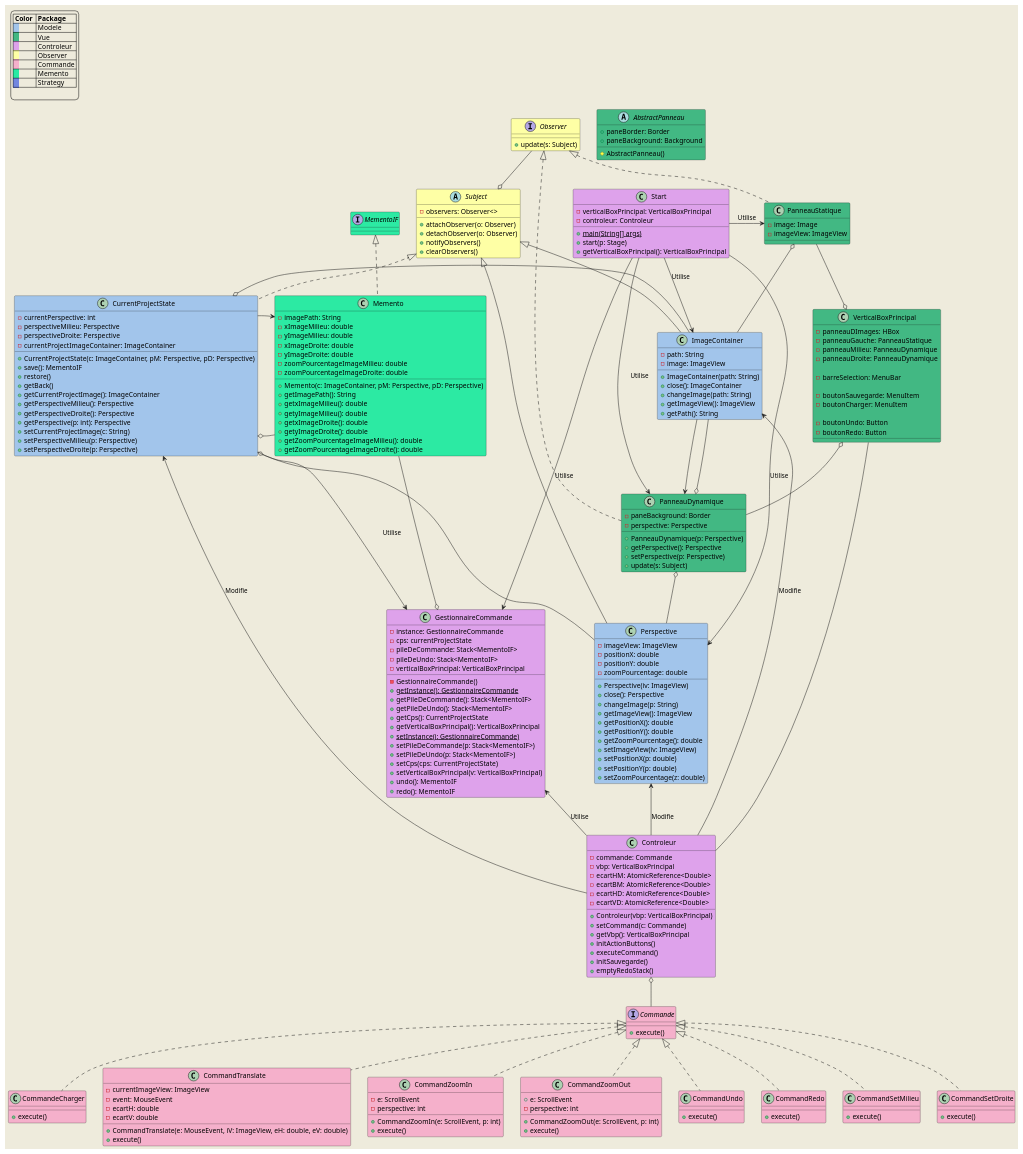
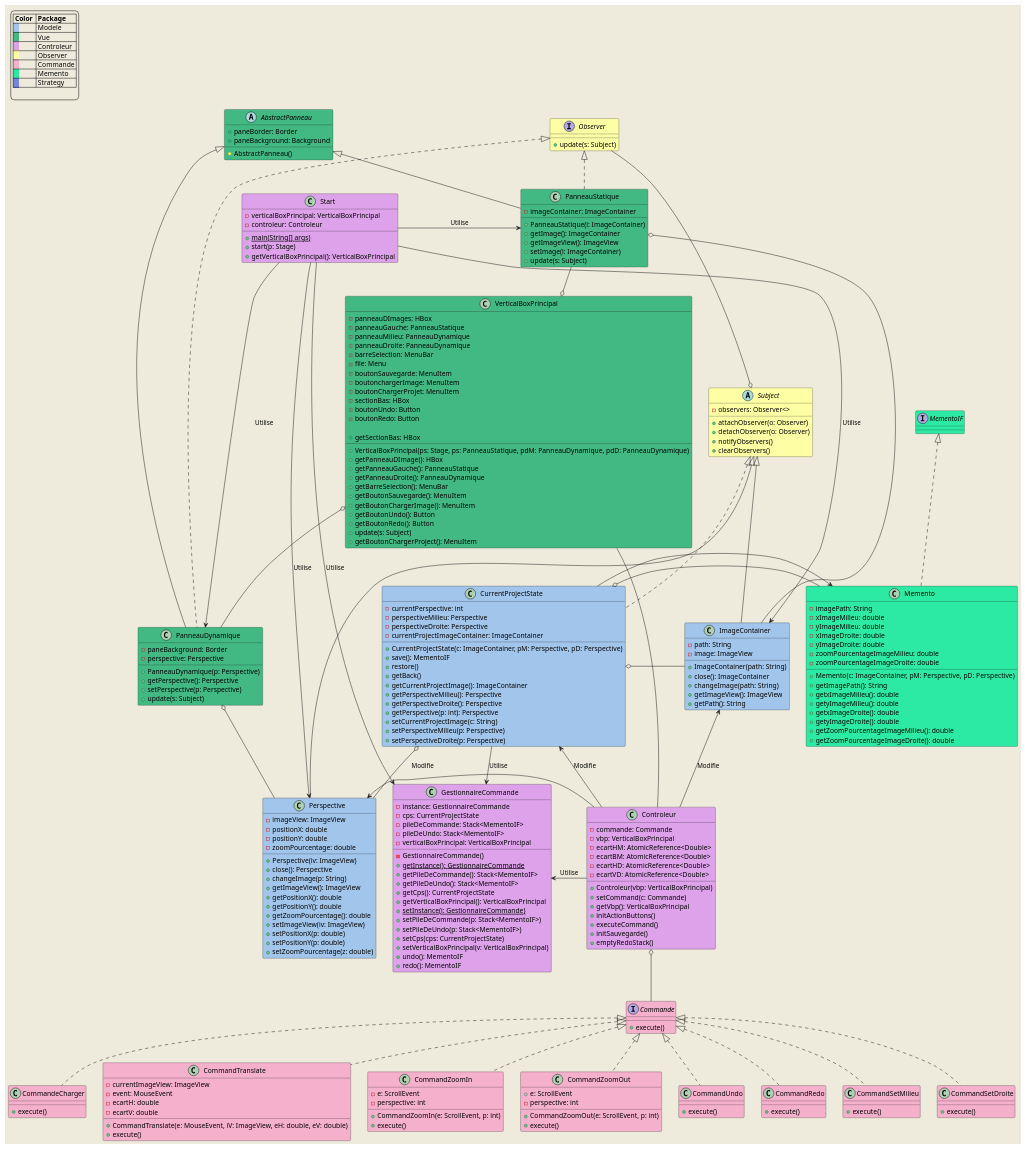
Before and after one commit to VelaSam/PerspectivePro: the diagram in src/diagrammes/diagramme_de_classe_global.puml, drawn with PlantUML. The commit also changed 3 other files, not shown here.

Commit message:
Diagramme de classes updated part III

```diff
--- a/src/diagrammes/diagramme_de_classe_global.puml
+++ b/src/diagrammes/diagramme_de_classe_global.puml
@@ -91,7 +91,7 @@
     '-----------SINGLETON--------------'
     class GestionnaireCommande #dea2eb{
         -instance: GestionnaireCommande
-        -cps: currentProjectState
+        -cps: CurrentProjectState
         -pileDeCommande: Stack<MementoIF>
         -pileDeUndo: Stack<MementoIF>
         -verticalBoxPrincipal: VerticalBoxPrincipal
@@ -229,29 +229,44 @@
     }
 
     class VerticalBoxPrincipal #42b883 {
-
         -panneauDImages: HBox
         -panneauGauche: PanneauStatique
         -panneauMilieu: PanneauDynamique
         -panneauDroite: PanneauDynamique
-
         -barreSelection: MenuBar
-
+        -file: Menu
         -boutonSauvegarde: MenuItem
-        -boutonCharger: MenuItem
-
+        -boutonchargerImage: MenuItem
+        -boutonChargerProjet: MenuItem
+        -sectionBas: HBox
         -boutonUndo: Button
         -boutonRedo: Button
 
+        +VerticalBoxPrincipal(ps: Stage, ps: PanneauStatique, pdM: PanneauDynamique, pdD: PanneauDynamique)
+        +getPanneauDImage(): HBox
+        +getPanneauGauche(): PanneauStatique
+        +getPanneauDroite(): PanneauDynamique
+        +getBarreSelection(): MenuBar
+        +getBoutonSauvegarde(): MenuItem
+        +getBoutonChargerImage(): MenuItem
+        +getSectionBas: HBox
+        +getBoutonUndo(): Button
+        +getBoutonRedo(): Button
+        +update(s: Subject)
+        +getBoutonChargerProject(): MenuItem
     }
 
-    class PanneauStatique #42b883 implements Observer{
+    class PanneauStatique #42b883 extends AbstractPanneau implements Observer{
+        -imageContainer: ImageContainer
 
-        -image: Image
-        -imageView: ImageView
+        +PanneauStatique(i: ImageContainer)
+        +getImage(): ImageContainer
+        +getImageView(): ImageView
+        +setImage(i: ImageContainer)
+        +update(s: Subject)
     }
 
-    class PanneauDynamique #42b883 implements Observer{
+    class PanneauDynamique #42b883 extends AbstractPanneau implements Observer{
         -paneBackground: Border
         -perspective: Perspective
 
@@ -262,11 +277,10 @@
     }
     '-------------VUE--------------'
 
-
    Observer -o Subject
    Controleur -l-> GestionnaireCommande : Utilise
-   CurrentProjectState <-- Controleur : Modifie
-   Perspective <-- Controleur : Modifie
+   CurrentProjectState <- Controleur : Modifie
+   Perspective <- Controleur : Modifie
    ImageContainer <- Controleur : Modifie
    Controleur o-- Commande
    Start -> ImageContainer : Utilise
@@ -284,11 +298,7 @@
 
    VerticalBoxPrincipal -- Controleur
 
-   Memento ---o GestionnaireCommande
    CurrentProjectState --> Memento
-
-   PanneauDynamique o-- ImageContainer
-   ImageContainer --> PanneauDynamique
 
    PanneauDynamique o-- Perspective
 
@@ -297,4 +307,10 @@
    CurrentProjectState --> GestionnaireCommande : Utilise
 
 
+
+
+
+
+
+
 @enduml
```
